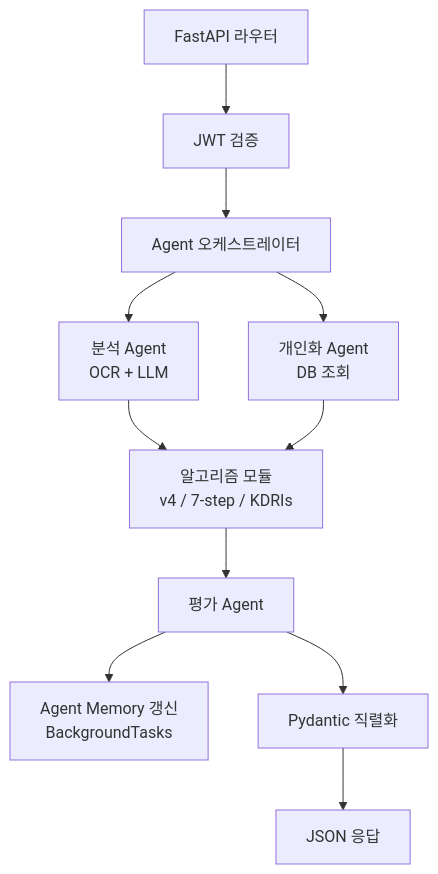
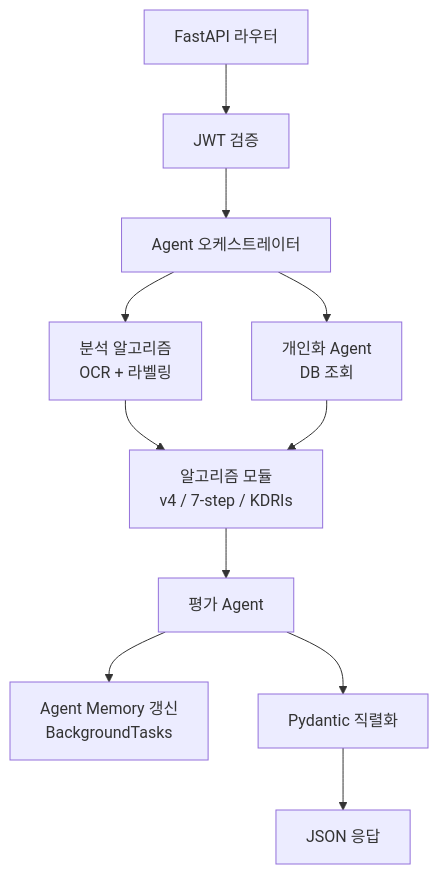
The diagram in docs/guide/04-backend-api.md (Lemon-Aid-KDT/Lemon-sin), drawn with Mermaid before and after one commit. The commit also changed other lines of this file and 49 other files, not shown here.

````diff
--- a/docs/guide/04-backend-api.md
+++ b/docs/guide/04-backend-api.md
@@ -72,13 +72,13 @@
 ```mermaid
 flowchart TD
     R[FastAPI 라우터] --> J[JWT 검증]
     J --> O[Agent 오케스트레이터]
-    O --> AN[분석 Agent<br/>OCR + LLM]
+    O --> AN[분석 알고리즘<br/>OCR + 라벨링]
     O --> PE[개인화 Agent<br/>DB 조회]
     AN --> AL[알고리즘 모듈<br/>v4 / 7-step / KDRIs]
     PE --> AL
     AL --> EV[평가 Agent]
     EV --> MEM[Agent Memory 갱신<br/>BackgroundTasks]
     EV --> SE[Pydantic 직렬화]
     SE --> JS[JSON 응답]
 ```
````
